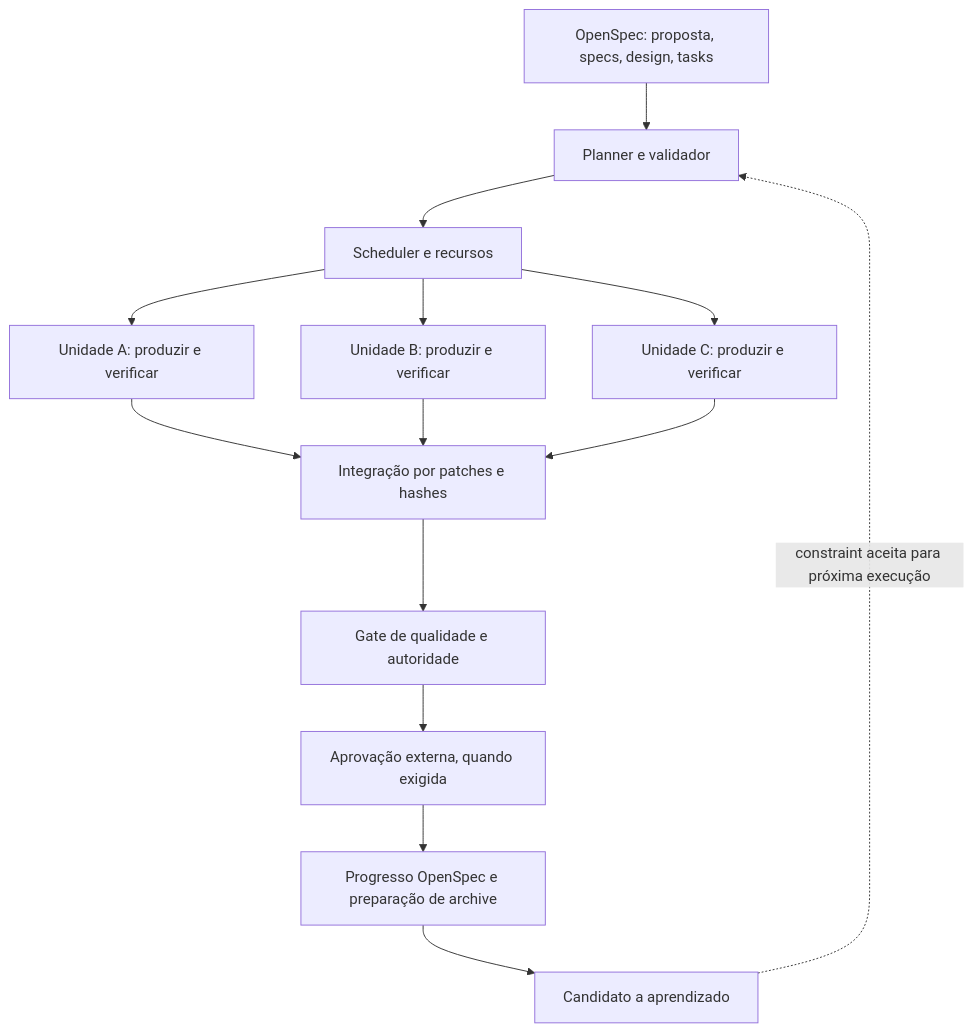
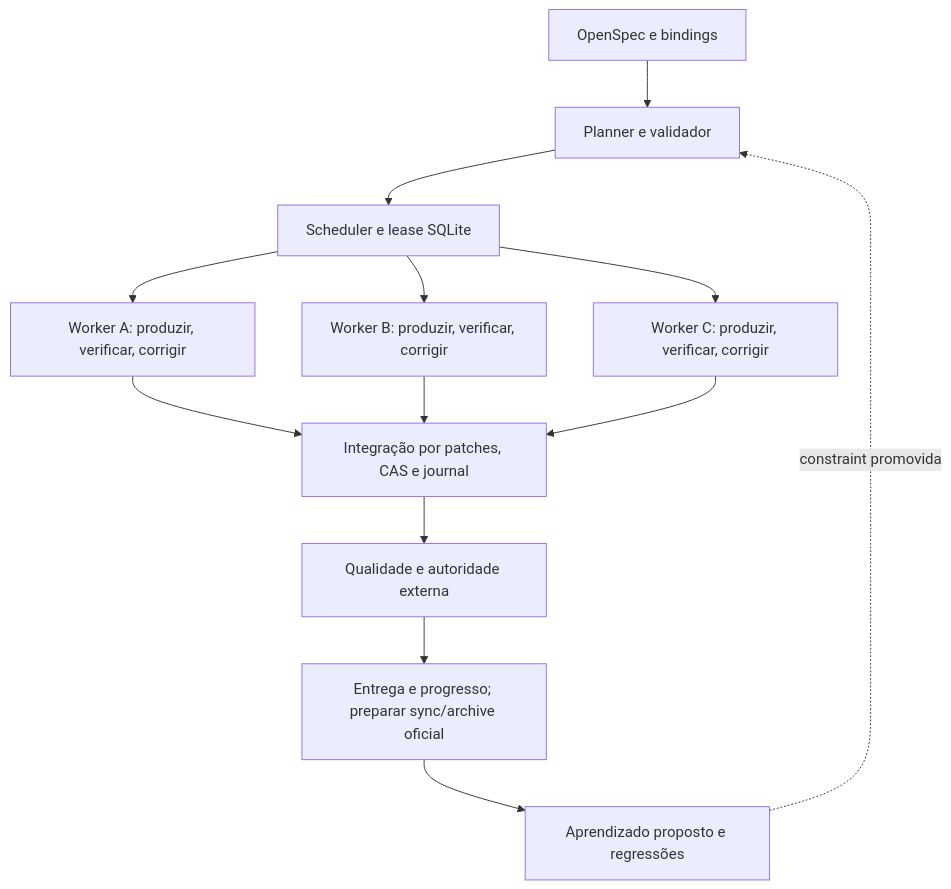
The diagram in docs/architecture.md (cezaraf/loop-graph-orchestration), drawn with Mermaid before and after one commit. The commit also changed other lines of this file and 100 other files, not shown here.

````diff
--- a/docs/architecture.md
+++ b/docs/architecture.md
@@ -5,16 +5,15 @@
 ```mermaid
 flowchart TD
-  O["OpenSpec: proposta, specs, design, tasks"] --> P["Planner e validador"]
-  P --> S["Scheduler e recursos"]
-  S --> A["Unidade A: produzir e verificar"]
-  S --> B["Unidade B: produzir e verificar"]
-  S --> C["Unidade C: produzir e verificar"]
-  A --> M["Integração por patches e hashes"]
+  O["OpenSpec e bindings"] --> P["Planner e validador"]
+  P --> S["Scheduler e lease SQLite"]
+  S --> A["Worker A: produzir, verificar, corrigir"]
+  S --> B["Worker B: produzir, verificar, corrigir"]
+  S --> C["Worker C: produzir, verificar, corrigir"]
+  A --> M["Integração por patches, CAS e journal"]
   B --> M
   C --> M
-  M --> G["Gate de qualidade e autoridade"]
-  G --> H["Aprovação externa, quando exigida"]
-  H --> T["Progresso OpenSpec e preparação de archive"]
-  T --> L["Candidato a aprendizado"]
-  L -. "constraint aceita para próxima execução" .-> P
+  M --> G["Qualidade e autoridade externa"]
+  G --> T["Entrega e progresso; preparar sync/archive oficial"]
+  T --> L["Aprendizado proposto e regressões"]
+  L -. "constraint promovida" .-> P
 ```
````
